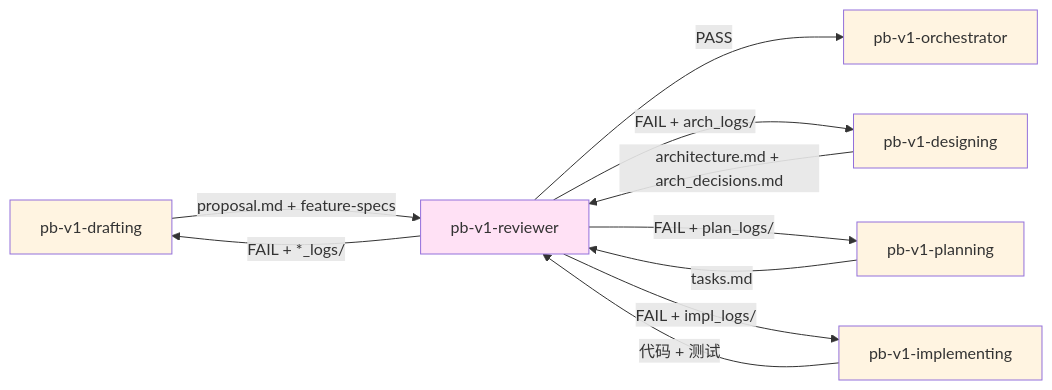
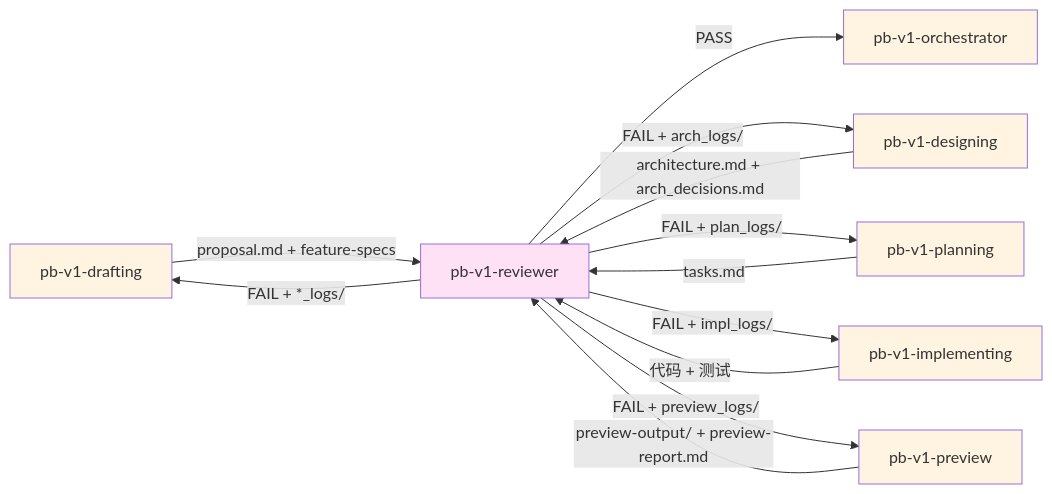
One commit to chenchiyuan/powerby-skills changed the second of 2 diagrams in skills/pb-v1-reviewer/SKILL.md. Above: the diagram before and after it, drawn with Mermaid. The commit also changed other lines of this file and 46 other files, not shown here.

````diff
--- a/skills/pb-v1-reviewer/SKILL.md
+++ b/skills/pb-v1-reviewer/SKILL.md
@@ -516,20 +631,23 @@
 ```mermaid
 graph LR
     DRA[pb-v1-drafting] -->|proposal.md + feature-specs| REV[pb-v1-reviewer]
     DES[pb-v1-designing] -->|architecture.md + arch_decisions.md| REV
     PLA[pb-v1-planning] -->|tasks.md| REV
     IMP[pb-v1-implementing] -->|代码 + 测试| REV
+    PRE[pb-v1-preview] -->|preview-output/ + preview-report.md| REV
     
     REV -->|PASS| ORC[pb-v1-orchestrator]
     REV -->|FAIL + *_logs/| DRA
     REV -->|FAIL + arch_logs/| DES
     REV -->|FAIL + plan_logs/| PLA
     REV -->|FAIL + impl_logs/| IMP
+    REV -->|FAIL + preview_logs/| PRE
     
     style REV fill:#ffe1f5
     style DRA fill:#fff4e1
     style DES fill:#fff4e1
     style PLA fill:#fff4e1
     style IMP fill:#fff4e1
+    style PRE fill:#fff4e1
     style ORC fill:#fff4e1
 ```
````
